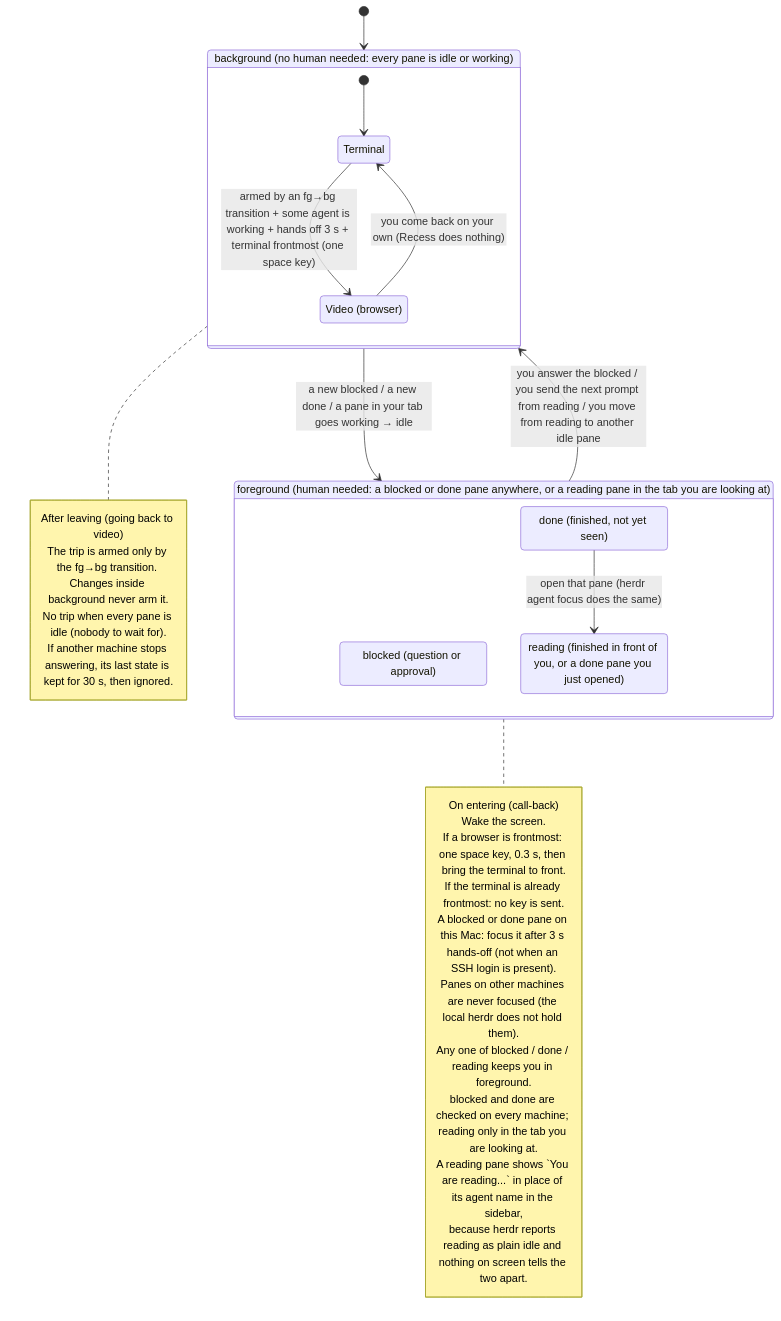
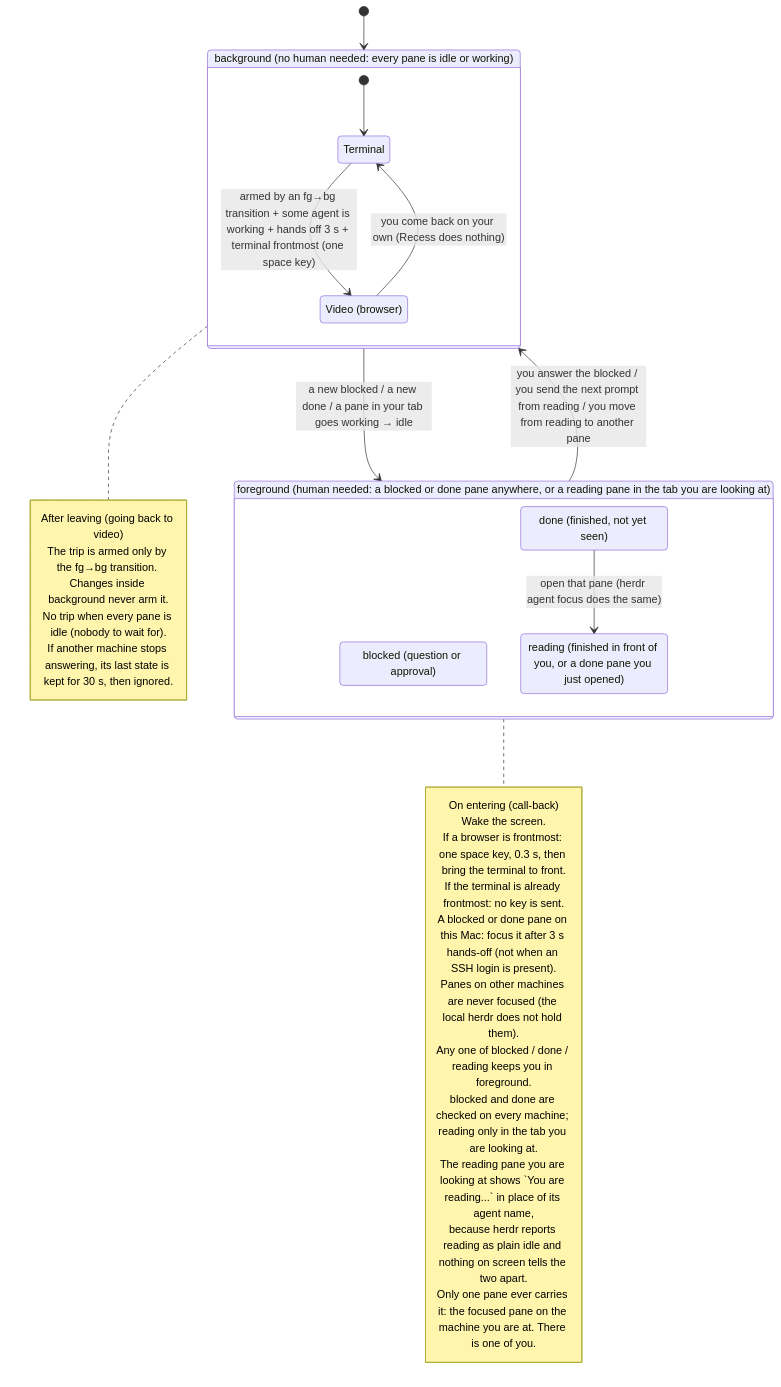
The first of 2 diagrams in docs/spec.md (tatsuro-ueda/recess), drawn with Mermaid before and after one commit. The commit also changed other lines of this file and 1 other file, not shown here.

Commit message:
fix: 読んでいる場所を1つにしたい（印を「いま開いているペイン」だけに出す）
2026年9月29日 読み中の印をいま見ているペインだけにする

読む人は1人しかいないのに、印が3つ同時に立ち、別のペインへ移っても消えなかった
（実測 reading=['business-docs/w1D:p2', 'local/w24:pB', 'local/w24:pC']）。
消える条件が「reading でない idle のペインへ移ったとき」だけで、reading どうしが
消し合えなかったため。画面に出すのは見ている端末の開いているペイン1つに限り、
読み中の終わりは「別のペインへ移ったら」へ広げる（移った先の状態は問わない）。

````diff
--- a/docs/spec.md
+++ b/docs/spec.md
@@ -11,43 +11,44 @@
 ```mermaid
 stateDiagram-v2
     direction TB
 
     state "background (no human needed: every pane is idle or working)" as bg {
         state "Terminal" as term
         state "Video (browser)" as nf
         [*] --> term
         term --> nf : armed by an fg→bg transition + some agent is working + hands off 3 s + terminal frontmost (one space key)
         nf --> term : you come back on your own (Recess does nothing)
     }
 
     state "foreground (human needed: a blocked or done pane anywhere, or a reading pane in the tab you are looking at)" as fg {
         state "blocked (question or approval)" as blocked
         state "done (finished, not yet seen)" as done
         state "reading (finished in front of you, or a done pane you just opened)" as reading
         done --> reading : open that pane (herdr agent focus does the same)
     }
 
     [*] --> bg
     bg --> fg : a new blocked / a new done / a pane in your tab goes working → idle
-    fg --> bg : you answer the blocked / you send the next prompt from reading / you move from reading to another idle pane
+    fg --> bg : you answer the blocked / you send the next prompt from reading / you move from reading to another pane
 
     note right of fg
         On entering (call-back)
         Wake the screen.
         If a browser is frontmost: one space key, 0.3 s, then bring the terminal to front.
         If the terminal is already frontmost: no key is sent.
         A blocked or done pane on this Mac: focus it after 3 s hands-off (not when an SSH login is present).
         Panes on other machines are never focused (the local herdr does not hold them).
         Any one of blocked / done / reading keeps you in foreground.
         blocked and done are checked on every machine; reading only in the tab you are looking at.
-        A reading pane shows `You are reading...` in place of its agent name in the sidebar,
+        The reading pane you are looking at shows `You are reading...` in place of its agent name,
         because herdr reports reading as plain idle and nothing on screen tells the two apart.
+        Only one pane ever carries it: the focused pane on the machine you are at. There is one of you.
     end note
 
     note right of bg
         After leaving (going back to video)
         The trip is armed only by the fg→bg transition. Changes inside background never arm it.
         No trip when every pane is idle (nobody to wait for).
         If another machine stops answering, its last state is kept for 30 s, then ignored.
     end note
 ```
````
